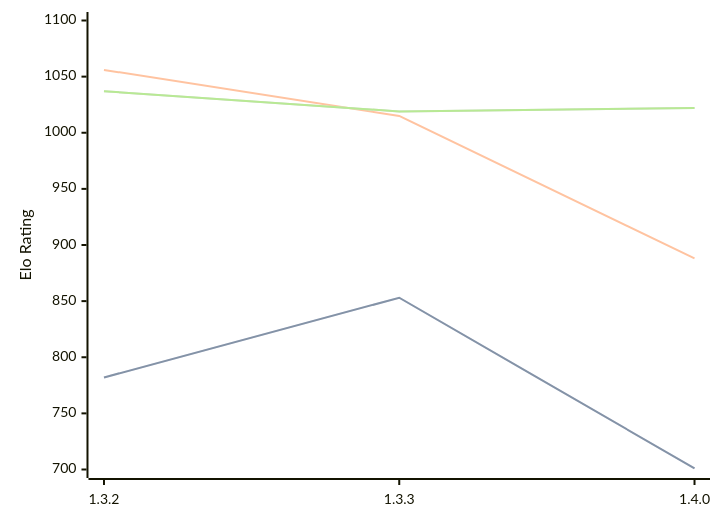
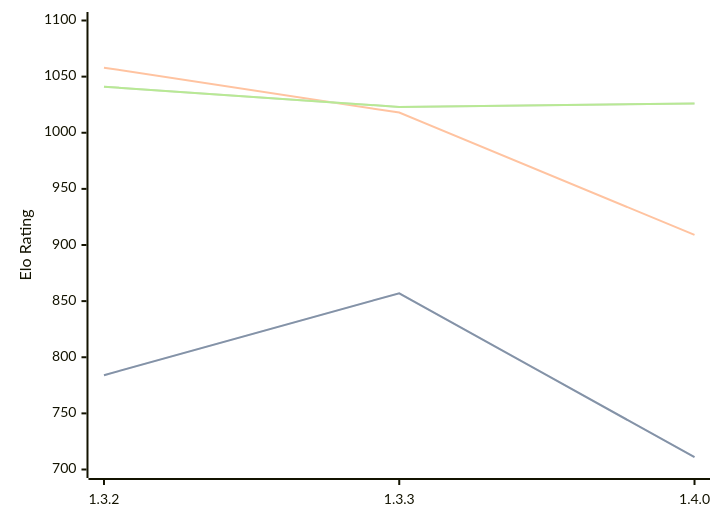
One commit to computer-chess-index/cci changed the diagram in engines/Whitespine.md. Above: the diagram before and after it, drawn with Mermaid. The commit also changed other lines of this file, not shown here.

Commit message:
Update CCI Ratings (ELO VLTC) - 2026-08-18

````diff
--- a/engines/Whitespine.md
+++ b/engines/Whitespine.md
@@ -33,11 +33,11 @@
 ```mermaid
 %%{init: {"theme":"base","themeVariables":{"seriesColors:['#a3a3a3','#222221','#faa371']}}}%%
 xychart-beta
   x-axis ["1.3.2", "1.3.3", "1.4.0"]
   y-axis "Elo Rating" 700 --> 1100
-  line "STC (8.0+0.08s)" [782, 853, 701]
-  line "STC (8.0+0.08s)" [782, 853, 701]
-  line "LTC (60.0+0.60s)" [1056, 1015, 888]
-  line "VLTC (2m24s+1.12s)" [1037, 1019, 1022]
-  line "VLTC (2m24s+1.12s)" [1037, 1019, 1022]
+  line "STC (8.0+0.08s)" [784, 857, 711]
+  line "STC (8.0+0.08s)" [784, 857, 711]
+  line "LTC (60.0+0.60s)" [1058, 1018, 909]
+  line "VLTC (2m24s+1.12s)" [1041, 1023, 1026]
+  line "VLTC (2m24s+1.12s)" [1041, 1023, 1026]
 ```
````
